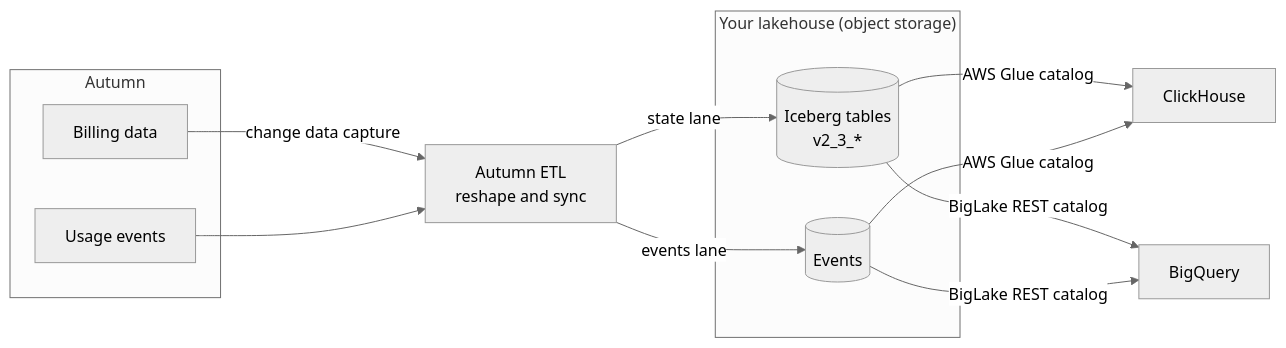
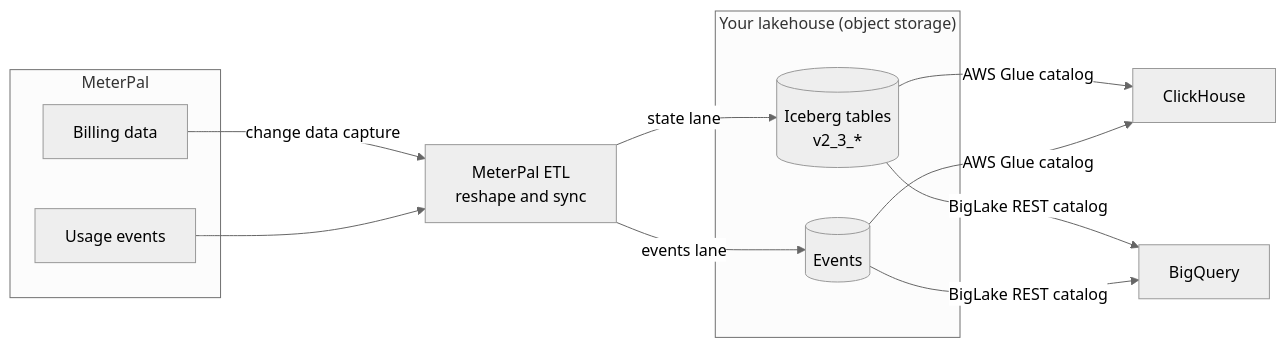
One commit to envision5/MeterPal changed the diagram in billing/apps/docs/mintlify/documentation/lakehouse/overview.mdx. Above: the diagram before and after it, drawn with Mermaid (neutral theme). The commit also changed other lines of this file and 345 other files, not shown here.

````diff
--- a/billing/apps/docs/mintlify/documentation/lakehouse/overview.mdx
+++ b/billing/apps/docs/mintlify/documentation/lakehouse/overview.mdx
@@ -21,26 +21,26 @@
 ```mermaid
 flowchart LR
-  subgraph autumn["Autumn"]
+  subgraph autumn["MeterPal"]
     DB["Billing data"]
     EV["Usage events"]
   end
 
-  RW["Autumn ETL<br/>reshape and sync"]
+  RW["MeterPal ETL<br/>reshape and sync"]
 
   subgraph lake["Your lakehouse (object storage)"]
     ICE[("Iceberg tables<br/>v2_3_*")]
     EVT[("Events")]
   end
 
   CH["ClickHouse"]
   BQ["BigQuery"]
 
   DB -->|change data capture| RW
   EV --> RW
   RW -->|state lane| ICE
   RW -->|events lane| EVT
   ICE -->|AWS Glue catalog| CH
   EVT -->|AWS Glue catalog| CH
   ICE -->|BigLake REST catalog| BQ
   EVT -->|BigLake REST catalog| BQ
 ```
````
